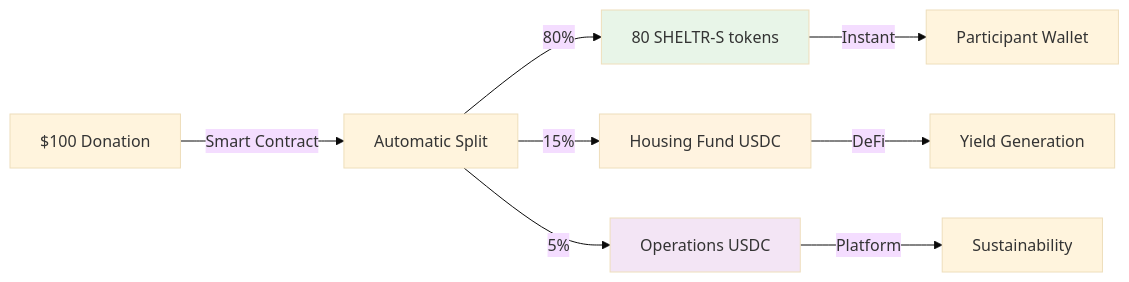
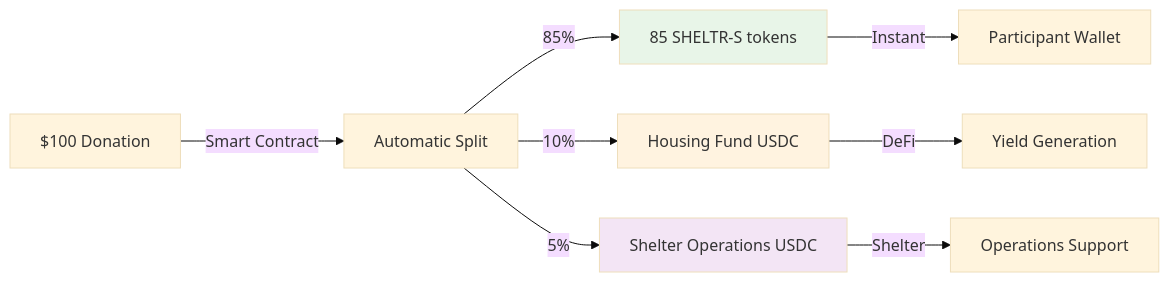
Before and after one commit to mrj0nesmtl/sheltr-ai: the second of 4 diagrams in docs/02-architecture/whitepaper_final.md, drawn with Mermaid (base theme). The commit also changed other lines of this file and 27 other files, not shown here.

````diff
--- a/docs/02-architecture/whitepaper_final.md
+++ b/docs/02-architecture/whitepaper_final.md
@@ -218,15 +220,15 @@
 ```mermaid
 graph LR
     A[$100 Donation] -->|Smart Contract| B[Automatic Split]
-    B -->|80%| C[80 SHELTR-S tokens]
-    B -->|15%| D[Housing Fund USDC]
-    B -->|5%| E[Operations USDC]
+    B -->|85%| C[85 SHELTR-S tokens]
+    B -->|10%| D[Housing Fund USDC]
+    B -->|5%| E[Shelter Operations USDC]
     
     C -->|Instant| F[Participant Wallet]
     D -->|DeFi| G[Yield Generation]
-    E -->|Platform| H[Sustainability]
+    E -->|Shelter| H[Operations Support]
     
     style C fill:#e8f5e8
     style D fill:#fff3e0
     style E fill:#f3e5f5
 ```
````
